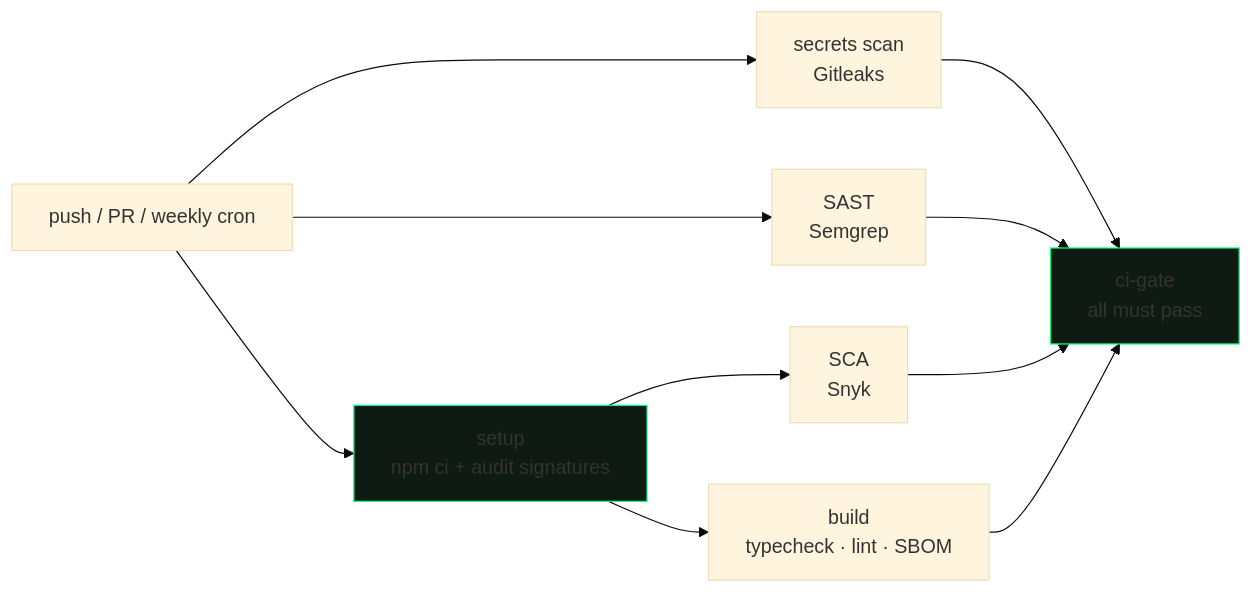
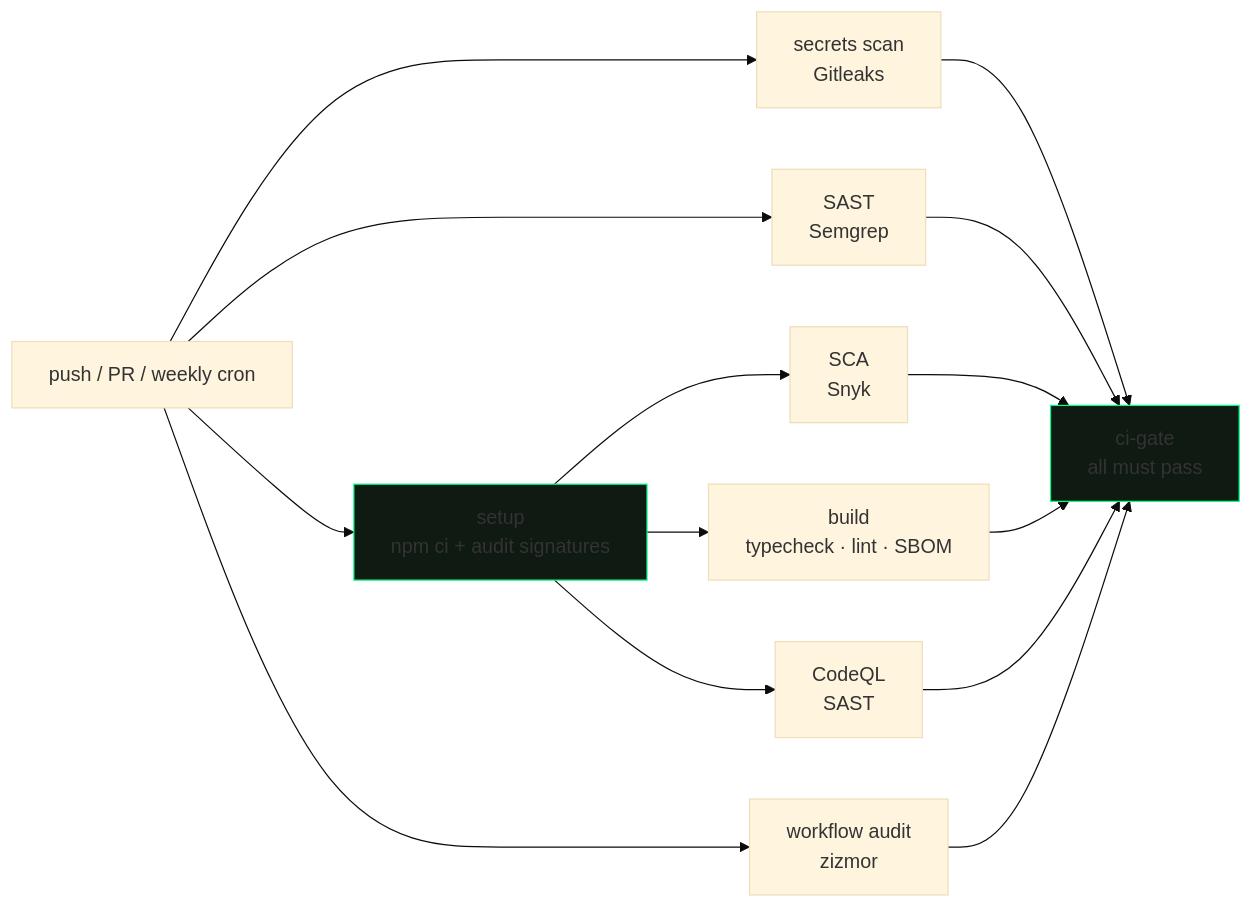
Before and after one commit to 0xAmineBnz/Blog0xab: the diagram in README.md, drawn with Mermaid (base theme). The commit also changed other lines of this file, not shown here.

````diff
--- a/README.md
+++ b/README.md
@@ -29,12 +13,14 @@
 ```mermaid
 flowchart LR
     A[push / PR / weekly cron] --> B[setup<br/>npm ci + audit signatures]
     A --> C[secrets scan<br/>Gitleaks]
     A --> D[SAST<br/>Semgrep]
     B --> E[SCA<br/>Snyk]
     B --> F[build<br/>typecheck · lint · SBOM]
-    C & D & E & F --> G[ci-gate<br/>all must pass]
+    B --> G[CodeQL<br/>SAST]
+    A --> H[workflow audit<br/>zizmor]
+    C & D & E & F & G & H --> I[ci-gate<br/>all must pass]
 
     style B fill:#0f1a12,stroke:#00FF88
-    style G fill:#0f1a12,stroke:#00FF88
+    style I fill:#0f1a12,stroke:#00FF88
 ```
````
